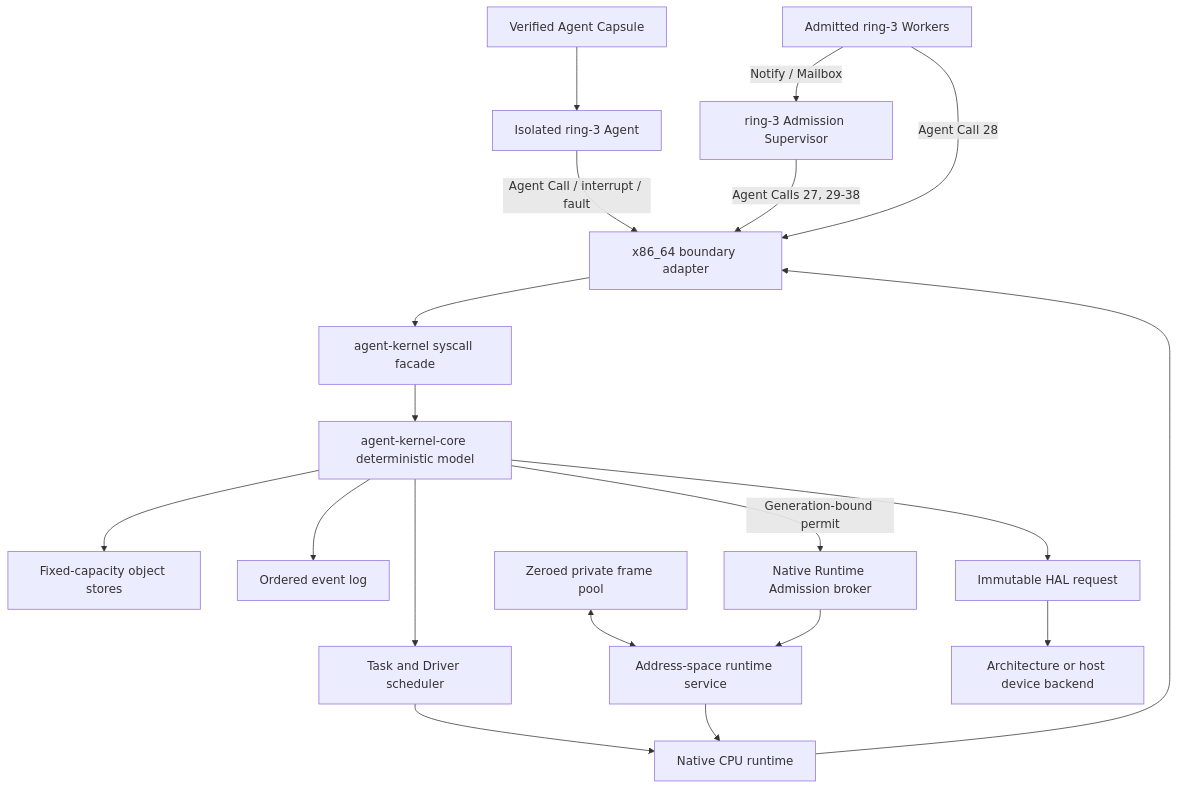
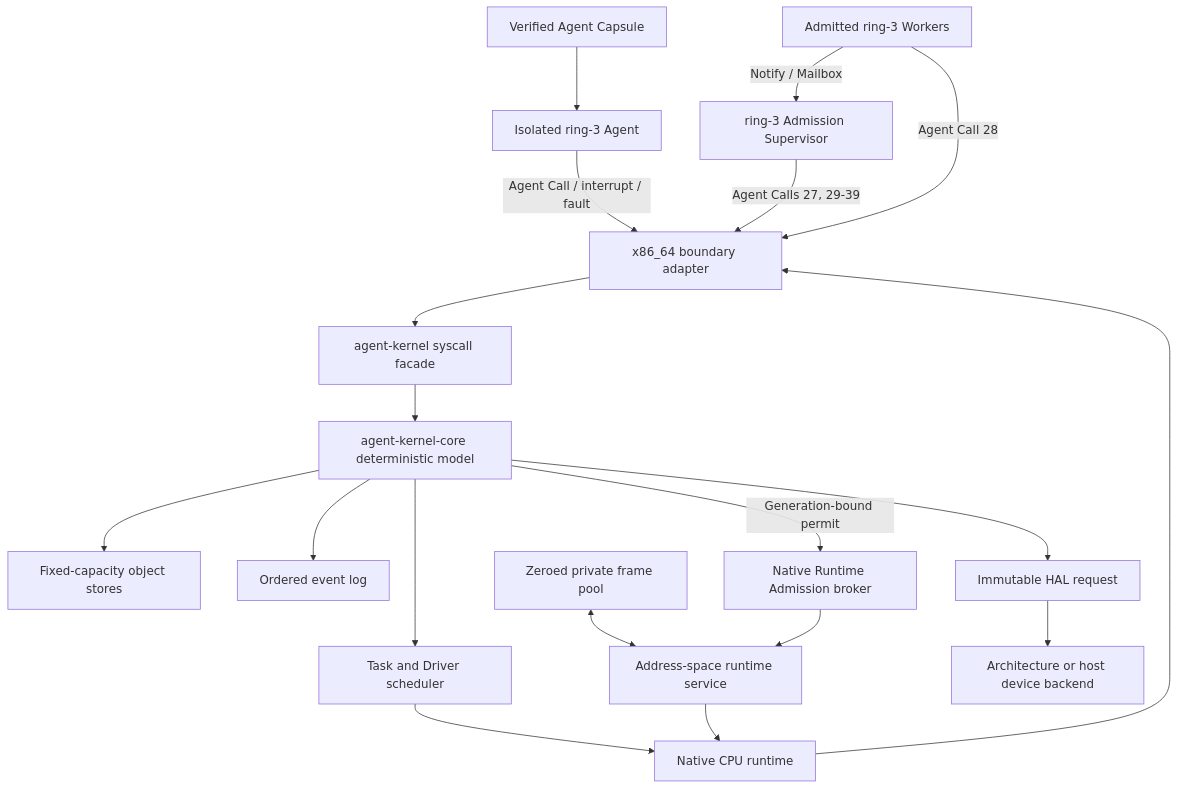
One commit to Evan-master/agent-kernel changed the diagram in README.md. Above: the diagram before and after it, drawn with Mermaid. The commit also changed other lines of this file and 36 other files, not shown here.

````diff
--- a/README.md
+++ b/README.md
@@ -259,21 +271,21 @@
 ```mermaid
 flowchart TB
     Capsule["Verified Agent Capsule"] --> Ring3["Isolated ring-3 Agent"]
     Ring3 -->|"Agent Call / interrupt / fault"| X86["x86_64 boundary adapter"]
     X86 --> Facade["agent-kernel syscall facade"]
     Facade --> Core["agent-kernel-core deterministic model"]
     Core --> Stores["Fixed-capacity object stores"]
     Core --> Events["Ordered event log"]
     Core --> Scheduler["Task and Driver scheduler"]
     Scheduler --> Runtime["Native CPU runtime"]
     Runtime --> X86
     FramePool["Zeroed private frame pool"] <--> AddressService["Address-space runtime service"]
     Broker["Native Runtime Admission broker"] --> AddressService
     Core -->|"Generation-bound permit"| Broker
     AddressService --> Runtime
     Core --> HAL["Immutable HAL request"]
     HAL --> Device["Architecture or host device backend"]
-    Supervisor["ring-3 Admission Supervisor"] -->|"Agent Calls 27, 29-38"| X86
+    Supervisor["ring-3 Admission Supervisor"] -->|"Agent Calls 27, 29-39"| X86
     Workers["Admitted ring-3 Workers"] -->|"Agent Call 28"| X86
     Workers -->|"Notify / Mailbox"| Supervisor
 ```
````
